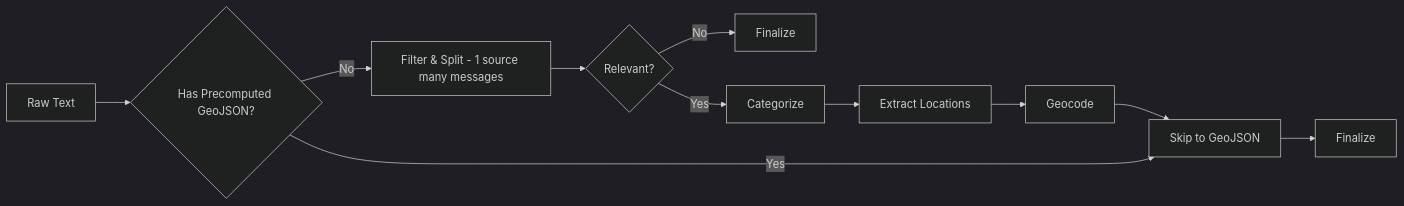
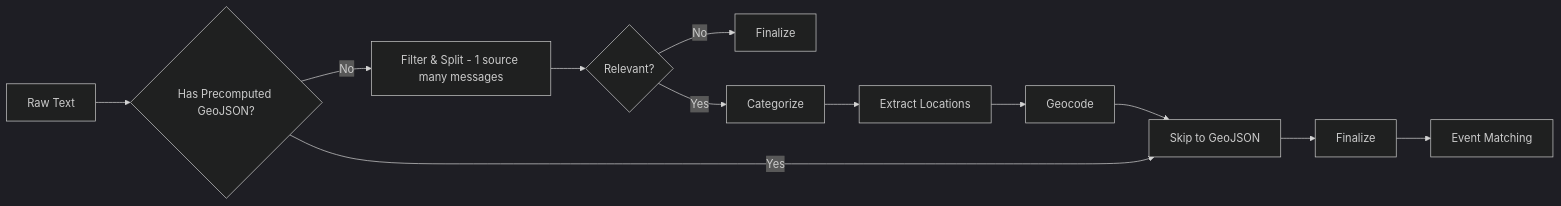
One commit to vbuch/oboapp changed the diagram in AGENTS.md. Above: the diagram before and after it, drawn with Mermaid (dark theme). The commit also changed other lines of this file and 68 other files, not shown here.

````diff
--- a/AGENTS.md
+++ b/AGENTS.md
@@ -229,13 +229,14 @@
 ```mermaid
 flowchart LR
     A[Raw Text] --> B{Has Precomputed GeoJSON?}
     B -->|No| C[Filter & Split - 1 source many messages]
     B -->|Yes| H[Skip to GeoJSON]
     C --> D{Relevant?}
     D -->|No| E[Finalize]
     D -->|Yes| F[Categorize]
     F --> G[Extract Locations]
     G --> J[Geocode]
     J --> H
     H --> I[Finalize]
+    I --> K[Event Matching]
 ```
````
